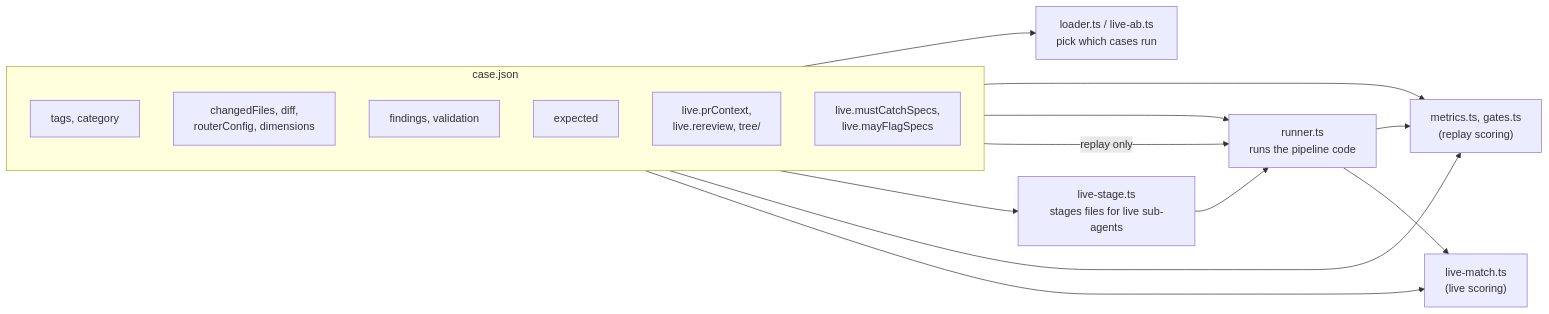
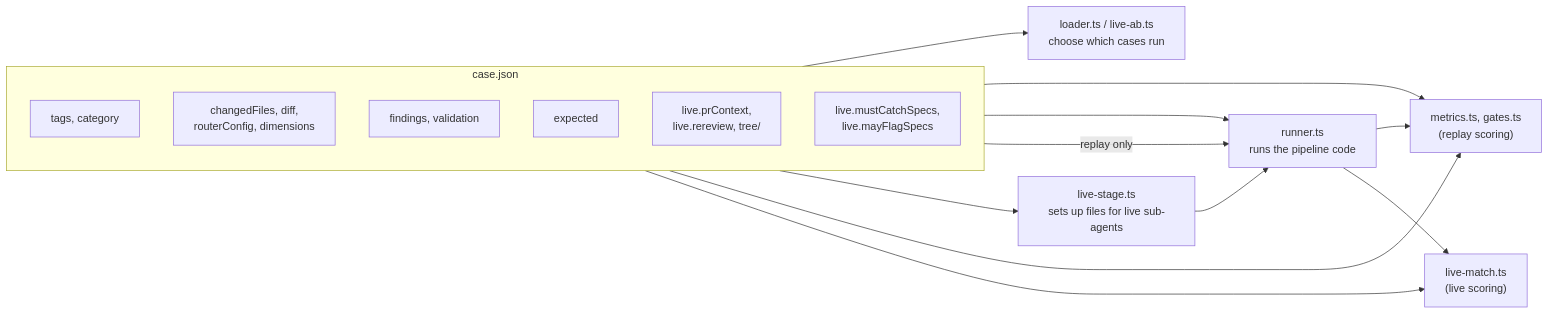
One commit to Khan/actions changed the tenth of 12 diagrams in workflows/review/ARCHITECTURE.md. Above: the diagram before and after it, drawn with Mermaid. The commit also changed other lines of this file, not shown here.

````diff
--- a/workflows/review/ARCHITECTURE.md
+++ b/workflows/review/ARCHITECTURE.md
@@ -308,22 +310,22 @@
 ```mermaid
 flowchart LR
   subgraph Case["case.json"]
     direction TB
     Sel["tags, category"]
     PR["changedFiles, diff,<br/>routerConfig, dimensions"]
     Rec["findings, validation"]
     Exp["expected"]
     LiveIn["live.prContext,<br/>live.rereview, tree/"]
     Specs["live.mustCatchSpecs,<br/>live.mayFlagSpecs"]
   end
-  Sel --> Pick["loader.ts / live-ab.ts<br/>pick which cases run"]
+  Sel --> Pick["loader.ts / live-ab.ts<br/>choose which cases run"]
   Sel --> Score
   PR --> Run["runner.ts<br/>runs the pipeline code"]
   Rec -->|replay only| Run
-  LiveIn --> Stage["live-stage.ts<br/>stages files for live sub-agents"]
+  LiveIn --> Stage["live-stage.ts<br/>sets up files for live sub-agents"]
   Stage --> Run
   Run --> Score["metrics.ts, gates.ts<br/>(replay scoring)"]
   Exp --> Score
   Run --> Match["live-match.ts<br/>(live scoring)"]
   Specs --> Match
 ```
````
